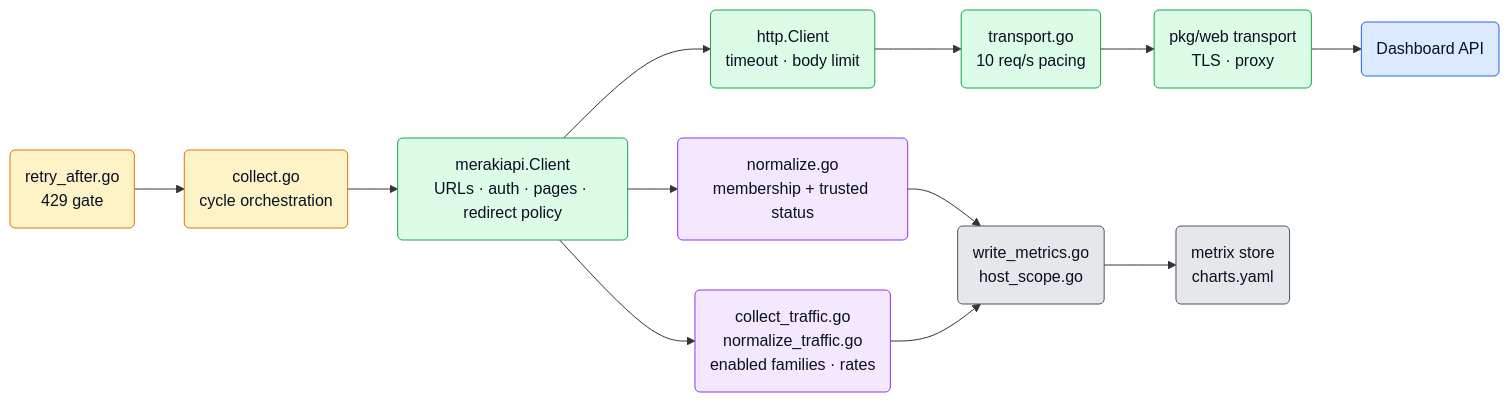
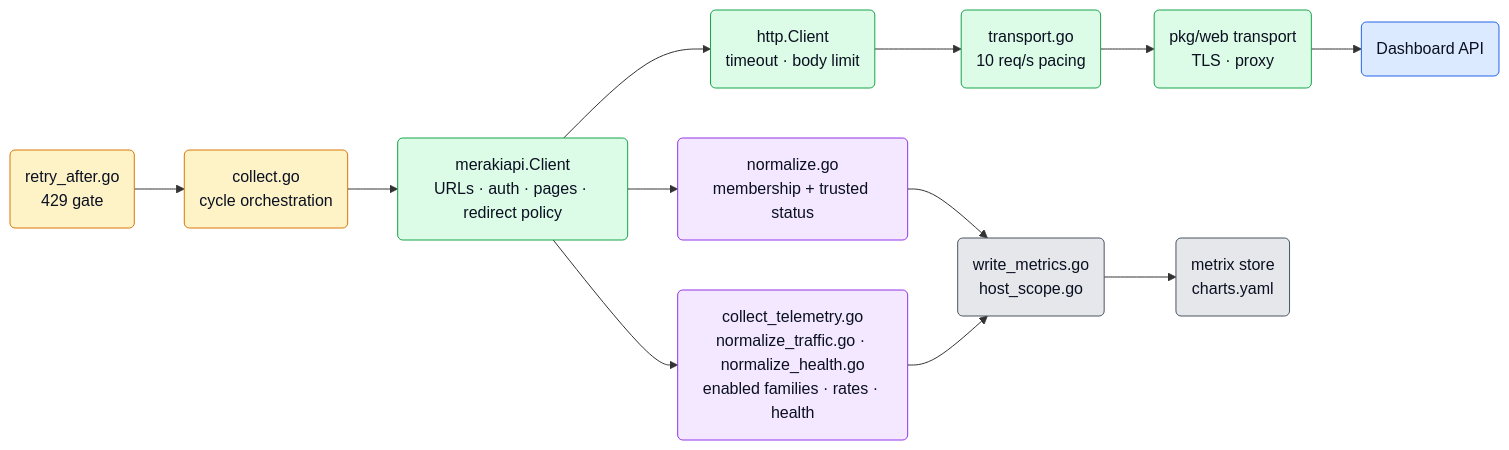
Before and after one commit to netdata/netdata: the second of 4 diagrams in src/go/plugin/go.d/collector/meraki/ARCHITECTURE.md, drawn with Mermaid. The commit also changed other lines of this file and 20 other files, not shown here.

````diff
--- a/src/go/plugin/go.d/collector/meraki/ARCHITECTURE.md
+++ b/src/go/plugin/go.d/collector/meraki/ARCHITECTURE.md
@@ -118,29 +121,29 @@
 ```mermaid
 flowchart LR
     Collect("collect.go<br/>cycle orchestration")
     Gate("retry_after.go<br/>429 gate")
     Client("merakiapi.Client<br/>URLs · auth · pages · redirect policy")
     HTTP("http.Client<br/>timeout · body limit")
     Pace("transport.go<br/>10 req/s pacing")
     Web("pkg/web transport<br/>TLS · proxy")
     API("Dashboard API")
     Join("normalize.go<br/>membership + trusted status")
-    Traffic("collect_traffic.go<br/>normalize_traffic.go<br/>enabled families · rates")
+    Traffic("collect_telemetry.go<br/>normalize_traffic.go · normalize_health.go<br/>enabled families · rates · health")
     Write("write_metrics.go<br/>host_scope.go")
     Store("metrix store<br/>charts.yaml")
 
     Gate --> Collect --> Client --> HTTP --> Pace --> Web --> API
     Client --> Join --> Write --> Store
     Client --> Traffic --> Write
 
     classDef ext fill:#dbeafe,stroke:#2563eb,color:#0b1021;
     classDef recv fill:#dcfce7,stroke:#16a34a,color:#0b1021;
     classDef mean fill:#f3e8ff,stroke:#9333ea,color:#0b1021;
     classDef out fill:#e5e7eb,stroke:#4b5563,color:#0b1021;
     classDef core fill:#fef3c7,stroke:#d97706,color:#0b1021;
     class API ext;
     class Client,HTTP,Pace,Web recv;
     class Join,Traffic mean;
     class Write,Store out;
     class Collect,Gate core;
 ```
````
